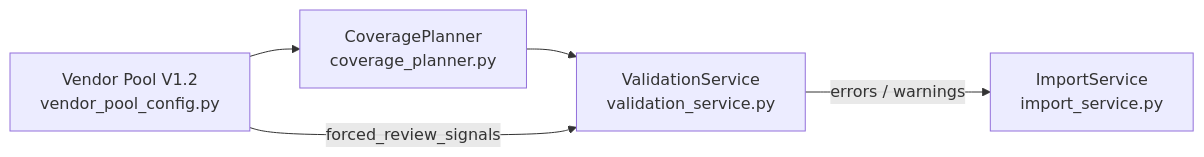
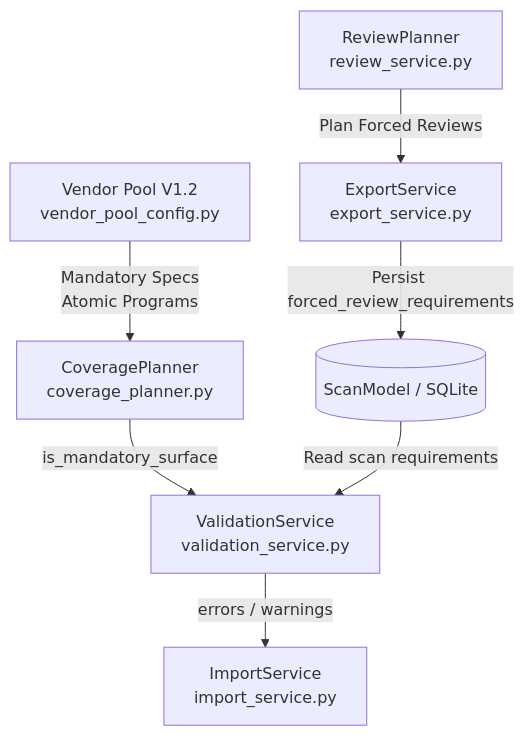
One commit to allin2/AI_Benefit_Radar changed the diagram in README.md. Above: the diagram before and after it, drawn with Mermaid. The commit also changed other lines of this file and 10 other files, not shown here.

Commit message:
feat(coverage & review): add atomic program specs, forced review persistence and 130 tests suite

````diff
--- a/README.md
+++ b/README.md
@@ -109,7 +109,9 @@
 ```mermaid
-graph LR
-    VP[Vendor Pool V1.2<br/>vendor_pool_config.py] --> CP[CoveragePlanner<br/>coverage_planner.py]
-    CP --> VS[ValidationService<br/>validation_service.py]
-    VP -->|forced_review_signals| VS
+graph TD
+    VP[Vendor Pool V1.2<br/>vendor_pool_config.py] -->|Mandatory Specs<br/>Atomic Programs| CP[CoveragePlanner<br/>coverage_planner.py]
+    CP -->|is_mandatory_surface| VS[ValidationService<br/>validation_service.py]
+    RP[ReviewPlanner<br/>review_service.py] -->|Plan Forced Reviews| ES[ExportService<br/>export_service.py]
+    ES -->|Persist forced_review_requirements| SM[(ScanModel / SQLite)]
+    SM -->|Read scan requirements| VS
     VS -->|errors / warnings| IS[ImportService<br/>import_service.py]
 ```
````
